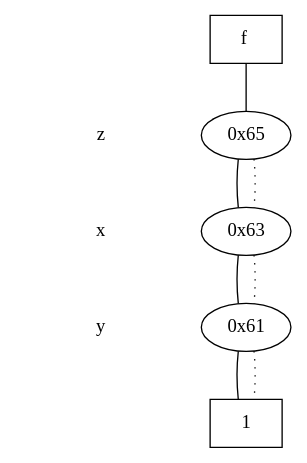
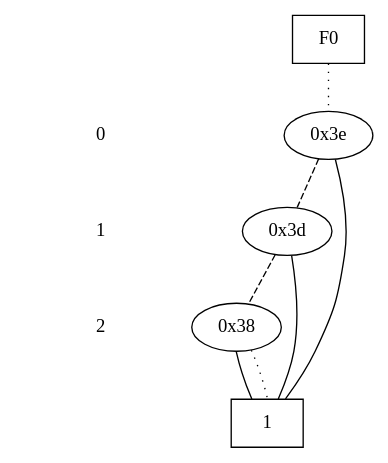
One commit to steefbrown/ece6740 changed the diagram in cudd-3.0.0/hw5_divisor.dot. Above: the diagram before and after it, drawn with Graphviz. The commit also changed 45 other files, not shown here.

```diff
--- a/cudd-3.0.0/hw5_divisor.dot
+++ b/cudd-3.0.0/hw5_divisor.dot
@@ -1,33 +1,33 @@
 digraph "DD" {
 size = "7.5,10"
 center = true;
 edge [dir = none];
 { node [shape = plaintext];
   edge [style = invis];
   "CONST NODES" [style = invis];
-" z " -> " x " -> " y " -> "CONST NODES"; 
+" 0 " -> " 1 " -> " 2 " -> "CONST NODES"; 
 }
 { rank = same; node [shape = box]; edge [style = invis];
-"  f  "; }
-{ rank = same; " z ";
-"0x65";
+"F0"; }
+{ rank = same; " 0 ";
+"0x3e";
 }
-{ rank = same; " x ";
-"0x63";
+{ rank = same; " 1 ";
+"0x3d";
 }
-{ rank = same; " y ";
-"0x61";
+{ rank = same; " 2 ";
+"0x38";
 }
 { rank = same; "CONST NODES";
-{ node [shape = box]; "0x5c";
+{ node [shape = box]; "0x32";
 }
 }
-"  f  " -> "0x65" [style = solid];
-"0x65" -> "0x63";
-"0x65" -> "0x63" [style = dotted];
-"0x63" -> "0x61";
-"0x63" -> "0x61" [style = dotted];
-"0x61" -> "0x5c";
-"0x61" -> "0x5c" [style = dotted];
-"0x5c" [label = "1"];
+"F0" -> "0x3e" [style = dotted];
+"0x3e" -> "0x32";
+"0x3e" -> "0x3d" [style = dashed];
+"0x3d" -> "0x32";
+"0x3d" -> "0x38" [style = dashed];
+"0x38" -> "0x32";
+"0x38" -> "0x32" [style = dotted];
+"0x32" [label = "1"];
 }
```
